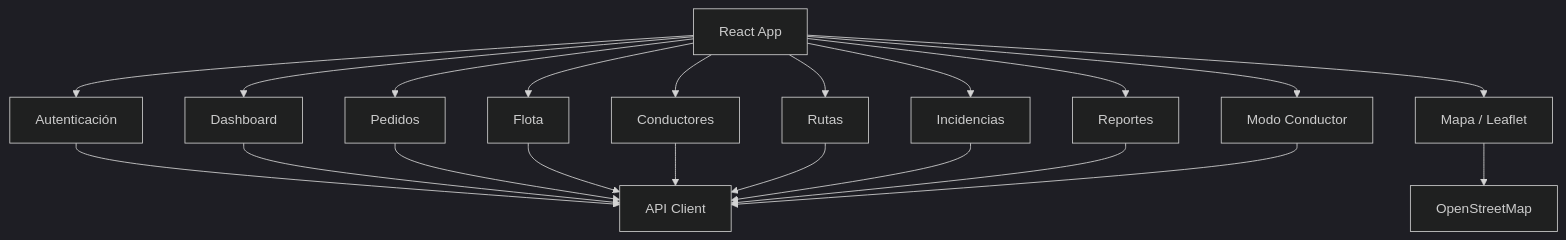
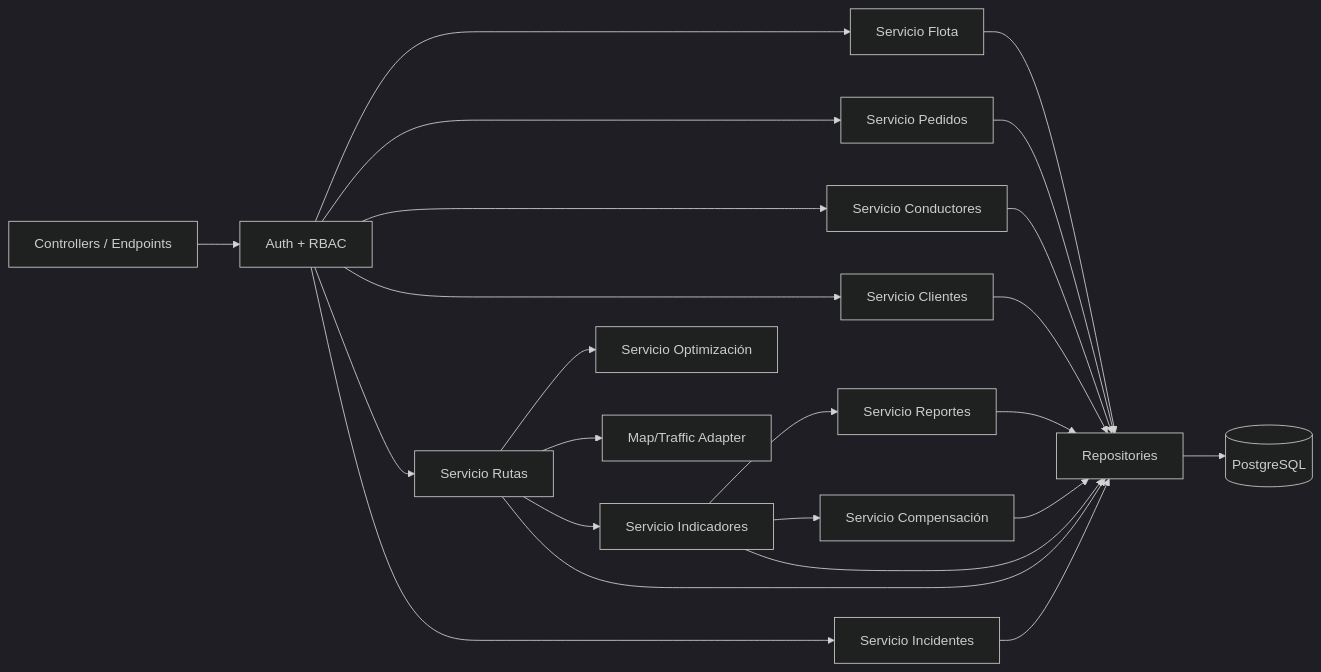
One commit to DartBlackLink/PFA changed the third of 5 diagrams in docs/01 Inicio/12. Modelo C4 V_1_0_0.md. Above: the diagram before and after it, drawn with Mermaid (dark theme). The commit also changed other lines of this file and 17 other files, not shown here.

````diff
--- a/docs/01 Inicio/12. Modelo C4 V_1_0_0.md
+++ b/docs/01 Inicio/12. Modelo C4 V_1_0_0.md
@@ -467,27 +73,41 @@
 ```mermaid
-flowchart TB
-    APP["React App"]
+flowchart LR
+    CTRL[Controllers / Endpoints]
+    AUTH[Auth + RBAC]
+    FLEET[Servicio Flota]
+    ORDER[Servicio Pedidos]
+    DRIVER[Servicio Conductores]
+    CLIENT[Servicio Clientes]
+    ROUTE[Servicio Rutas]
+    OPT[Servicio Optimización]
+    DASH[Servicio Indicadores]
+    REPORT[Servicio Reportes]
+    CARBON[Servicio Compensación]
+    INCIDENT[Servicio Incidentes]
+    REPO[Repositories]
+    DB[(PostgreSQL)]
+    MAP[Map/Traffic Adapter]
 
-    APP --> AUTH["Autenticación"]
-    APP --> DASH["Dashboard"]
-    APP --> ORD["Pedidos"]
-    APP --> FLEET["Flota"]
-    APP --> DRIVERS["Conductores"]
-    APP --> ROUTES["Rutas"]
-    APP --> MAP["Mapa / Leaflet"]
-    APP --> INCIDENT["Incidencias"]
-    APP --> REPORT["Reportes"]
-    APP --> DRIVER["Modo Conductor"]
-
-    AUTH --> API["API Client"]
-    DASH --> API
-    ORD --> API
-    FLEET --> API
-    DRIVERS --> API
-    ROUTES --> API
-    INCIDENT --> API
-    REPORT --> API
-    DRIVER --> API
-
-    MAP --> OSM["OpenStreetMap"]
+    CTRL --> AUTH
+    AUTH --> FLEET
+    AUTH --> ORDER
+    AUTH --> DRIVER
+    AUTH --> CLIENT
+    AUTH --> ROUTE
+    AUTH --> INCIDENT
+    ROUTE --> OPT
+    ROUTE --> MAP
+    ROUTE --> DASH
+    DASH --> REPORT
+    DASH --> CARBON
+    FLEET --> REPO
+    ORDER --> REPO
+    DRIVER --> REPO
+    CLIENT --> REPO
+    ROUTE --> REPO
+    INCIDENT --> REPO
+    DASH --> REPO
+    REPORT --> REPO
+    CARBON --> REPO
+    REPO --> DB
 ```
````
